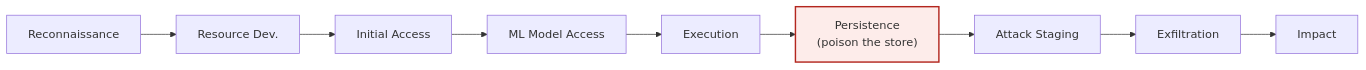
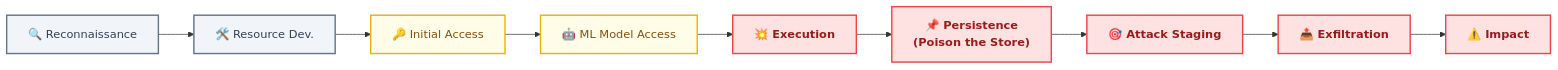
One commit to kamaldhingra1/ase-explorer-app changed the diagram in training/diagrams/atlas-chain.mmd. Above: the diagram before and after it, drawn with Mermaid. The commit also changed 12 other files, not shown here.

```diff
--- a/training/diagrams/atlas-chain.mmd
+++ b/training/diagrams/atlas-chain.mmd
@@ -1,10 +1,31 @@
 flowchart LR
-  R["Reconnaissance"] --> RD["Resource Dev."]
-  RD --> IA["Initial Access"]
-  IA --> MA["ML Model Access"]
-  MA --> EX["Execution"]
-  EX --> PE["Persistence<br/>(poison the store)"]
-  PE --> AS["Attack Staging"]
-  AS --> EF["Exfiltration"]
-  EF --> IM["Impact"]
-  style PE fill:#fdecea,stroke:#b3261e,stroke-width:2px
+    %% --- CLASS DEFINITIONS FOR PALETTE ALIGNMENT ---
+    classDef prep fill:#F1F5F9,stroke:#64748B,stroke-width:2px,color:#334155;
+    classDef breach fill:#FFFDE7,stroke:#EAB308,stroke-width:2px,color:#854D0E;
+    classDef compromise fill:#FEE2E2,stroke:#EF4444,stroke-width:2px,color:#991B1B,font-weight:bold;
+
+    %% --- NODES & COMPONENTS ---
+    R["🔍 Reconnaissance"]
+    RD["🛠️ Resource Dev."]
+    IA["🔑 Initial Access"]
+    MA["🤖 ML Model Access"]
+    EX["💥 Execution"]
+    PE["📌 Persistence<br/>(Poison the Store)"]
+    AS["🎯 Attack Staging"]
+    EF["📤 Exfiltration"]
+    IM["⚠️ Impact"]
+
+    %% --- APPLY CLASSES ---
+    class R,RD prep;
+    class IA,MA breach;
+    class EX,PE,AS,EF,IM compromise;
+
+    %% --- FLOW RELATIONSHIPS ---
+    R --> RD
+    RD --> IA
+    IA --> MA
+    MA --> EX
+    EX --> PE
+    PE --> AS
+    AS --> EF
+    EF --> IM
```
